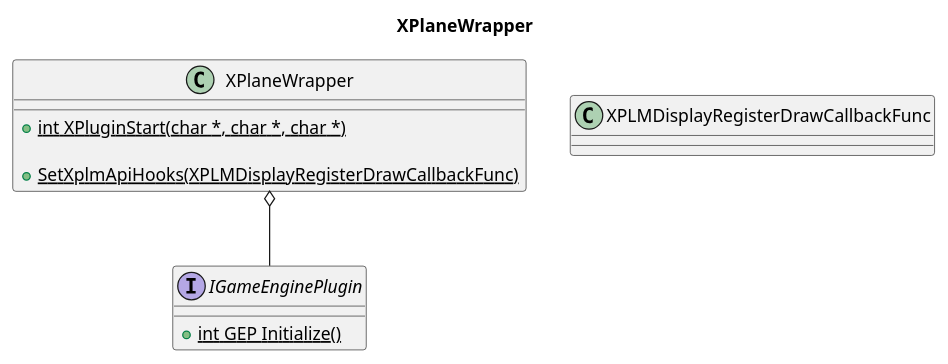
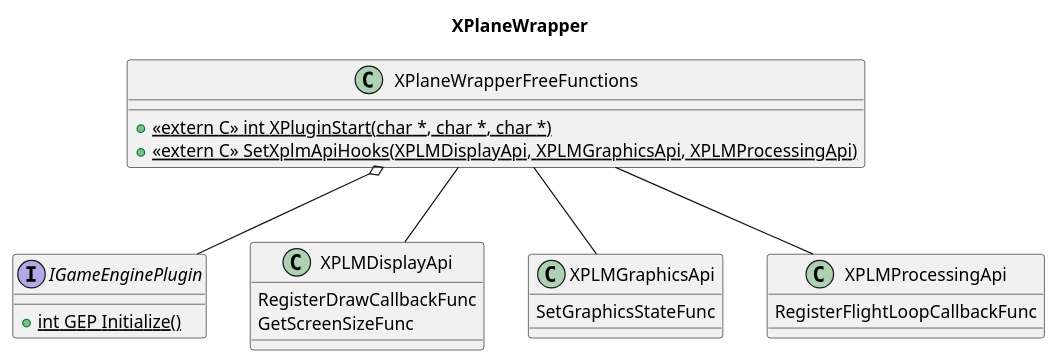
One commit to stevostj/Sandbox changed the diagram in GameEnginePlugin/Docs/SourceDiagrams/GameEnginePlugin-XPlaneWrapper-Class.plantuml. Above: the diagram before and after it, drawn with PlantUML. The commit also changed 9 other files, not shown here.

Commit message:
updating design with api structs, flight loop

```diff
--- a/GameEnginePlugin/Docs/SourceDiagrams/GameEnginePlugin-XPlaneWrapper-Class.plantuml
+++ b/GameEnginePlugin/Docs/SourceDiagrams/GameEnginePlugin-XPlaneWrapper-Class.plantuml
@@ -1,22 +1,34 @@
 @startuml
 
 title "XPlaneWrapper"
 
 interface "IGameEnginePlugin"  as IGEP {
     + {static} int GEP Initialize()
 }
 
-class XPLMDisplayRegisterDrawCallbackFunc{
-
+class "XPLMDisplayApi" as XDA {
+  RegisterDrawCallbackFunc
+  GetScreenSizeFunc
 }
 
-class "XPlaneWrapper"  as XPW {
-    + {static} int XPluginStart(char *, char *, char *)
+class "XPLMGraphicsApi" as XGA {
+  SetGraphicsStateFunc
+}
 
-    + {static} SetXplmApiHooks(XPLMDisplayRegisterDrawCallbackFunc)
+class "XPLMProcessingApi" as XPA {
+  RegisterFlightLoopCallbackFunc
+}
 
+class "XPlaneWrapperFreeFunctions"  as XPW {
+    + {static} <<extern C>> int XPluginStart(char *, char *, char *)
+    + {static} <<extern C>> SetXplmApiHooks(XPLMDisplayApi, XPLMGraphicsApi, XPLMProcessingApi)
 }
 
 XPW o-- IGEP
 
+XPW -- XDA
+XPW -- XGA
+XPW -- XPA
+
+
 @enduml
```
